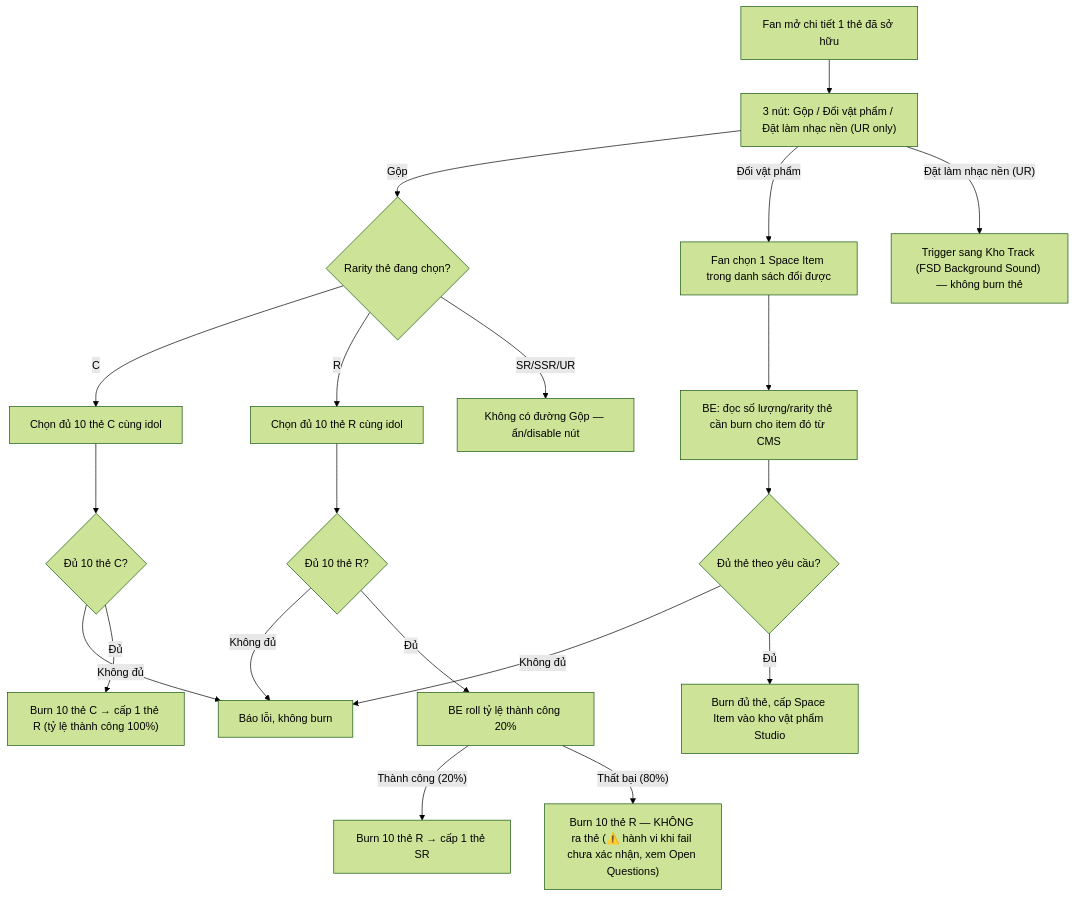
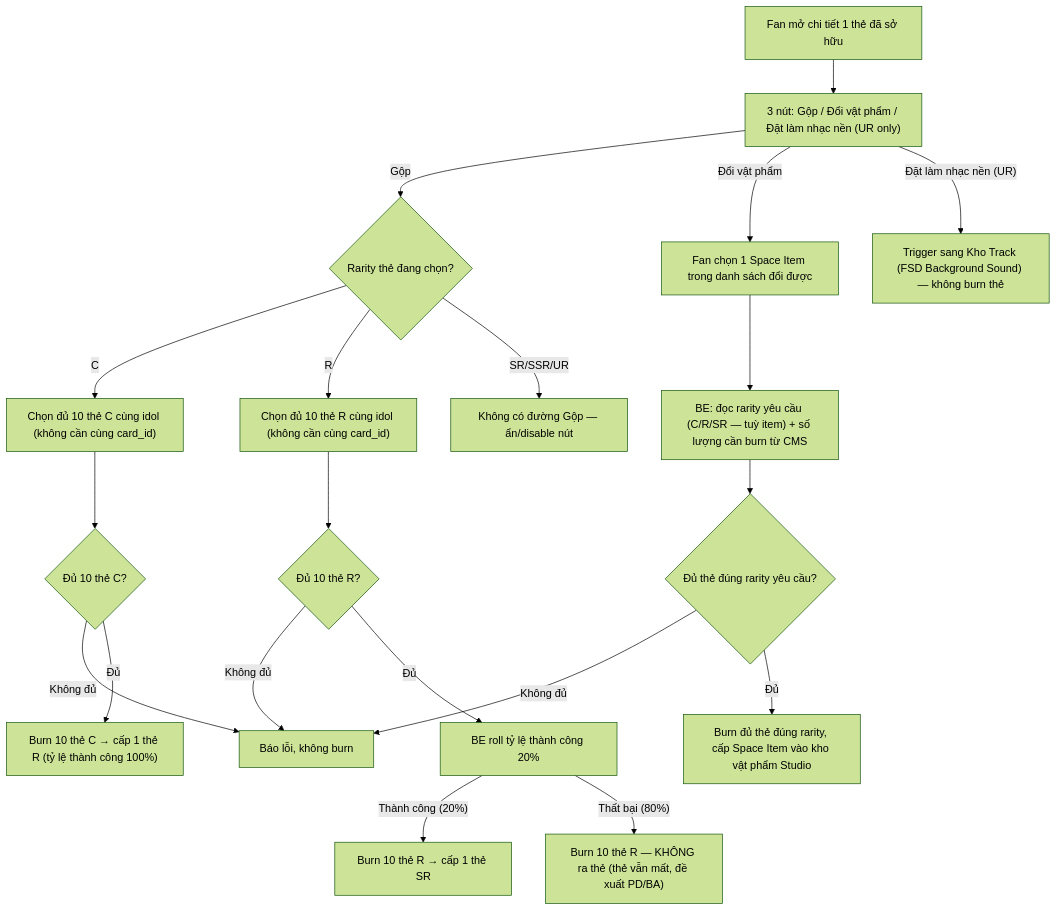
Before and after one commit to chrishieu/fana-analysis: the third of 3 diagrams in FSD_mvp2_Ecard_Collect_Burn.md, drawn with Mermaid (forest theme). The commit also changed other lines of this file, not shown here.

Commit message:
Refine FSD for MVP2 E-card Collect & Burn feature: clarify document type, related CR, and references; update mechanics for card merging and item exchange; enhance user stories and CMS configurations.

````diff
--- a/FSD_mvp2_Ecard_Collect_Burn.md
+++ b/FSD_mvp2_Ecard_Collect_Burn.md
@@ -138,27 +131,27 @@
 ```mermaid
 flowchart TD
     A["Fan mở chi tiết 1 thẻ đã sở hữu"] --> B["3 nút: Gộp / Đổi vật phẩm / Đặt làm nhạc nền (UR only)"]
 
     B -- Gộp --> C{"Rarity thẻ đang chọn?"}
-    C -- C --> D["Chọn đủ 10 thẻ C cùng idol"]
-    C -- R --> E["Chọn đủ 10 thẻ R cùng idol"]
+    C -- C --> D["Chọn đủ 10 thẻ C cùng idol (không cần cùng card_id)"]
+    C -- R --> E["Chọn đủ 10 thẻ R cùng idol (không cần cùng card_id)"]
     C -- "SR/SSR/UR" --> F["Không có đường Gộp — ẩn/disable nút"]
 
     D --> G{"Đủ 10 thẻ C?"}
     G -- Không đủ --> H["Báo lỗi, không burn"]
     G -- Đủ --> I["Burn 10 thẻ C → cấp 1 thẻ R (tỷ lệ thành công 100%)"]
 
     E --> J{"Đủ 10 thẻ R?"}
     J -- Không đủ --> H
     J -- Đủ --> K["BE roll tỷ lệ thành công 20%"]
     K -- "Thành công (20%)" --> L["Burn 10 thẻ R → cấp 1 thẻ SR"]
-    K -- "Thất bại (80%)" --> M["Burn 10 thẻ R — KHÔNG ra thẻ (⚠️ hành vi khi fail chưa xác nhận, xem Open Questions)"]
+    K -- "Thất bại (80%)" --> M["Burn 10 thẻ R — KHÔNG ra thẻ (thẻ vẫn mất, đề xuất PD/BA)"]
 
     B -- "Đổi vật phẩm" --> N["Fan chọn 1 Space Item trong danh sách đổi được"]
-    N --> O["BE: đọc số lượng/rarity thẻ cần burn cho item đó từ CMS"]
-    O --> P{"Đủ thẻ theo yêu cầu?"}
+    N --> O["BE: đọc rarity yêu cầu (C/R/SR — tuỳ item) + số lượng cần burn từ CMS"]
+    O --> P{"Đủ thẻ đúng rarity yêu cầu?"}
     P -- Không đủ --> H
-    P -- Đủ --> Q["Burn đủ thẻ, cấp Space Item vào kho vật phẩm Studio"]
+    P -- Đủ --> Q["Burn đủ thẻ đúng rarity, cấp Space Item vào kho vật phẩm Studio"]
 
     B -- "Đặt làm nhạc nền (UR)" --> R["Trigger sang Kho Track (FSD Background Sound) — không burn thẻ"]
 ```
````
